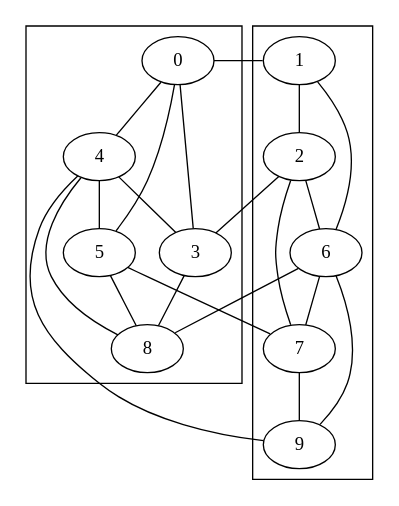
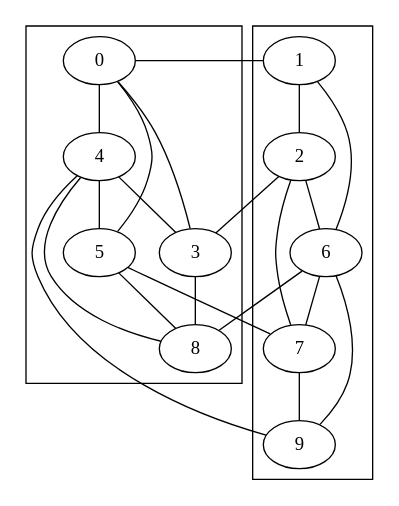
One commit to lrodrin/masterAI changed the diagram in A2/kernighan_lin/kl.dot. Above: the diagram before and after it, drawn with Graphviz. The commit also changed 7 other files, not shown here.

```diff
--- a/A2/kernighan_lin/kl.dot
+++ b/A2/kernighan_lin/kl.dot
@@ -1,42 +1,42 @@
 strict graph  {
 0;
 1;
 4;
 5;
 2;
 6;
 3;
 7;
 8;
 9;
-0 -- 1;
-0 -- 4;
-0 -- 5;
-1 -- 2;
-1 -- 6;
-4 -- 3;
+0 -- 1  [weight=3];
+0 -- 4  [weight=10];
+0 -- 5  [weight=2];
+1 -- 2  [weight=5];
+1 -- 6  [weight=2];
+4 -- 3  [weight=7];
+4 -- 5  [weight=4];
+4 -- 8  [weight=2];
+4 -- 9  [weight=8];
+5 -- 7  [weight=1];
+2 -- 3  [weight=8];
+2 -- 7  [weight=8];
+6 -- 8  [weight=7];
+6 -- 9  [weight=7];
+3 -- 8  [weight=8];
+7 -- 9  [weight=10];
+subgraph cluster_A {
+0 -- 3;
+3 -- 4;
 4 -- 5;
-4 -- 8;
-4 -- 9;
-5 -- 7;
-2 -- 3;
-2 -- 7;
-6 -- 8;
-6 -- 9;
-3 -- 8;
-7 -- 9;
-subgraph cluster_A {
+5 -- 8;
+}
+
+subgraph cluster_B {
 1 -- 2;
 2 -- 6;
 6 -- 7;
 7 -- 9;
 }
 
-subgraph cluster_B {
-0 -- 3;
-3 -- 4;
-4 -- 5;
-5 -- 8;
 }
-
-}
```
